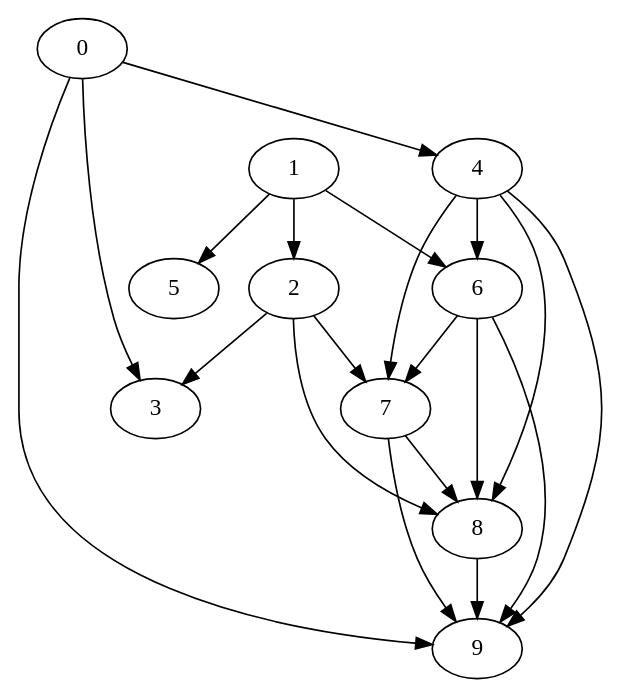
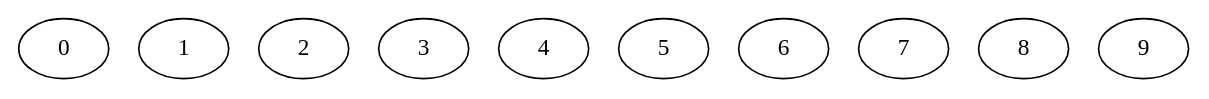
Before and after one commit to dder725/ProcessScheduler: the diagram in INPUT-output.dot, drawn with Graphviz. The commit also changed 2 other files, not shown here.

```diff
--- a/INPUT-output.dot
+++ b/INPUT-output.dot
@@ -1,32 +1,13 @@
 digraph " Output " {
 0          [Weight=6,Start=0,Processor=0];
-0 -> 3     [Weight = 34];
-0 -> 4     [Weight = 24];
-0 -> 9     [Weight = 44];
 1          [Weight=5,Start=6,Processor=0];
-1 -> 2     [Weight = 48];
-1 -> 5     [Weight = 19];
-1 -> 6     [Weight = 39];
 2          [Weight=5,Start=11,Processor=0];
-2 -> 3     [Weight = 10];
-2 -> 7     [Weight = 48];
-2 -> 8     [Weight = 48];
 3          [Weight=10,Start=16,Processor=0];
 4          [Weight=3,Start=26,Processor=0];
-4 -> 6     [Weight = 10];
-4 -> 7     [Weight = 48];
-4 -> 8     [Weight = 48];
-4 -> 9     [Weight = 39];
 5          [Weight=7,Start=29,Processor=0];
 6          [Weight=8,Start=36,Processor=0];
-6 -> 7     [Weight = 15];
-6 -> 8     [Weight = 39];
-6 -> 9     [Weight = 29];
 7          [Weight=3,Start=44,Processor=0];
-7 -> 8     [Weight = 15];
-7 -> 9     [Weight = 34];
 8          [Weight=8,Start=47,Processor=0];
-8 -> 9     [Weight = 39];
 9          [Weight=8,Start=55,Processor=0];
 
 }
```
